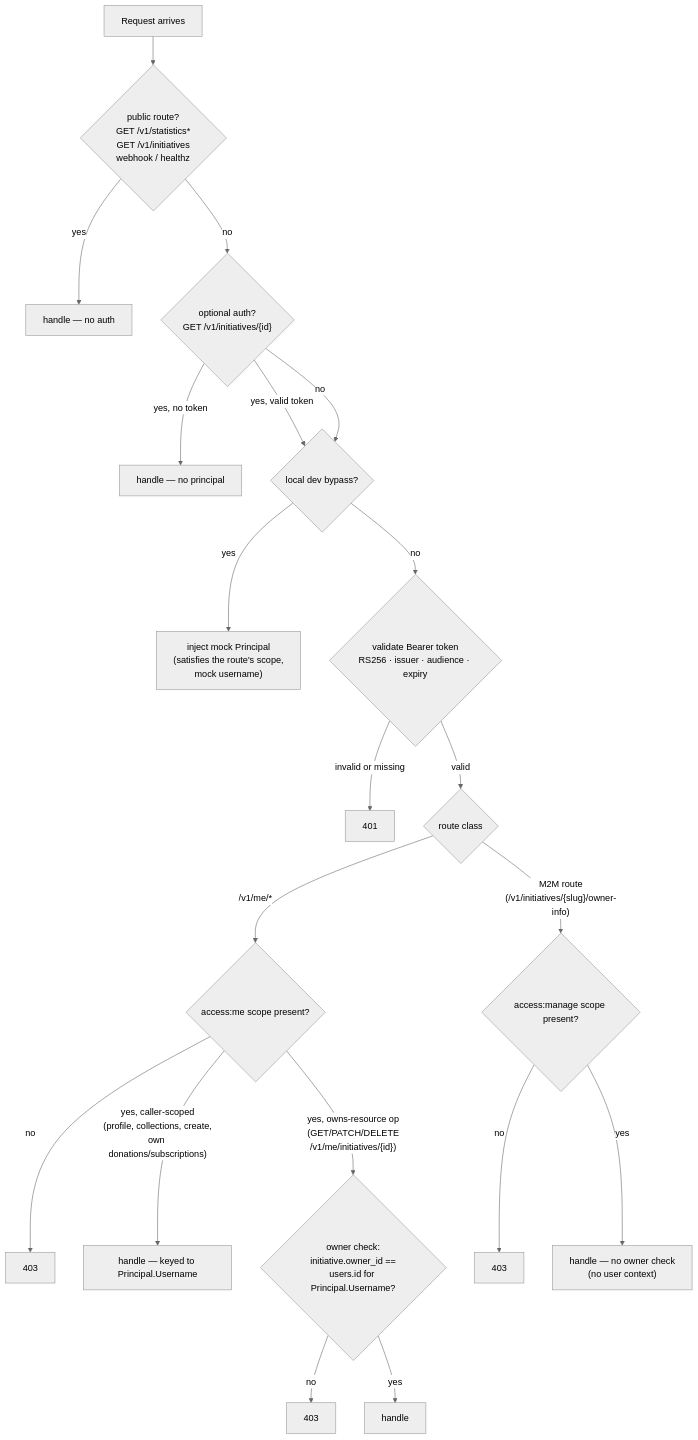
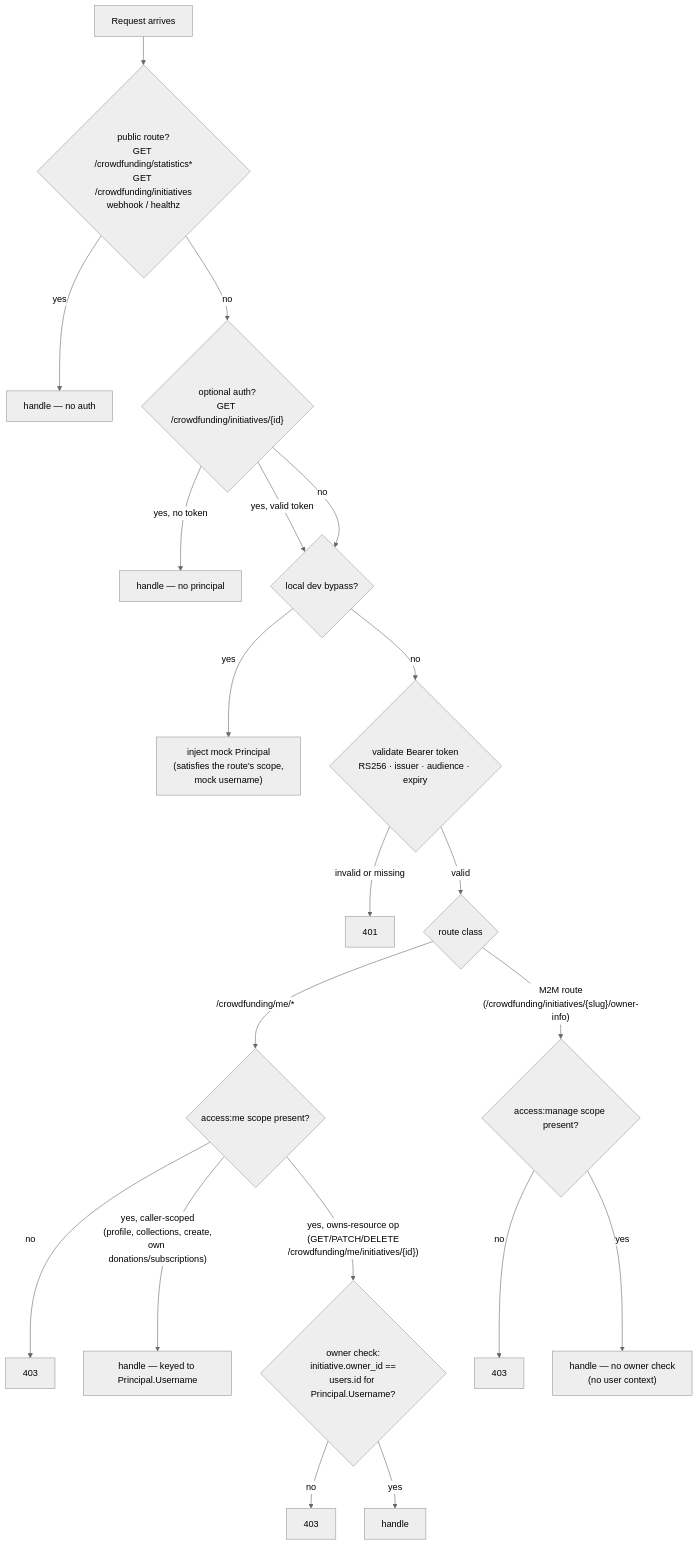
The eighth of 8 diagrams in docs/authentication-architecture.md (linuxfoundation/lfx-crowdfunding), drawn with Mermaid (neutral theme) before and after one commit. The commit also changed other lines of this file and 92 other files, not shown here.

````diff
--- a/docs/authentication-architecture.md
+++ b/docs/authentication-architecture.md
@@ -329,26 +329,26 @@
 ```mermaid
 flowchart TD
-    A[Request arrives] --> B{"public route?<br/>GET /v1/statistics*<br/>GET /v1/initiatives<br/>webhook / healthz"}
+    A[Request arrives] --> B{"public route?<br/>GET /crowdfunding/statistics*<br/>GET /crowdfunding/initiatives<br/>webhook / healthz"}
     B -- yes --> PUB["handle — no auth"]
-    B -- no --> C{"optional auth?<br/>GET /v1/initiatives/{id}"}
+    B -- no --> C{"optional auth?<br/>GET /crowdfunding/initiatives/{id}"}
     C -- "yes, no token" --> OPT["handle — no principal"]
     C -- "yes, valid token" --> D
     C -- no --> D
 
     D{"local dev bypass?"}
     D -- yes --> E["inject mock Principal<br/>(satisfies the route's scope,<br/>mock username)"]
     D -- no --> F{"validate Bearer token<br/>RS256 · issuer · audience · expiry"}
     F -- "invalid or missing" --> G[401]
     F -- valid --> H{"route class"}
 
-    H -- "/v1/me/*" --> I{"access:me scope present?"}
+    H -- "/crowdfunding/me/*" --> I{"access:me scope present?"}
     I -- no --> J[403]
     I -- "yes, caller-scoped<br/>(profile, collections, create,<br/>own donations/subscriptions)" --> K["handle — keyed to Principal.Username"]
-    I -- "yes, owns-resource op<br/>(GET/PATCH/DELETE<br/>/v1/me/initiatives/{id})" --> L{"owner check:<br/>initiative.owner_id ==<br/>users.id for Principal.Username?"}
+    I -- "yes, owns-resource op<br/>(GET/PATCH/DELETE<br/>/crowdfunding/me/initiatives/{id})" --> L{"owner check:<br/>initiative.owner_id ==<br/>users.id for Principal.Username?"}
     L -- no --> M[403]
     L -- yes --> N[handle]
 
-    H -- "M2M route\n(/v1/initiatives/{slug}/owner-info)" --> O{"access:manage scope present?"}
+    H -- "M2M route\n(/crowdfunding/initiatives/{slug}/owner-info)" --> O{"access:manage scope present?"}
     O -- no --> P[403]
     O -- yes --> Q["handle — no owner check<br/>(no user context)"]
 ```
````
